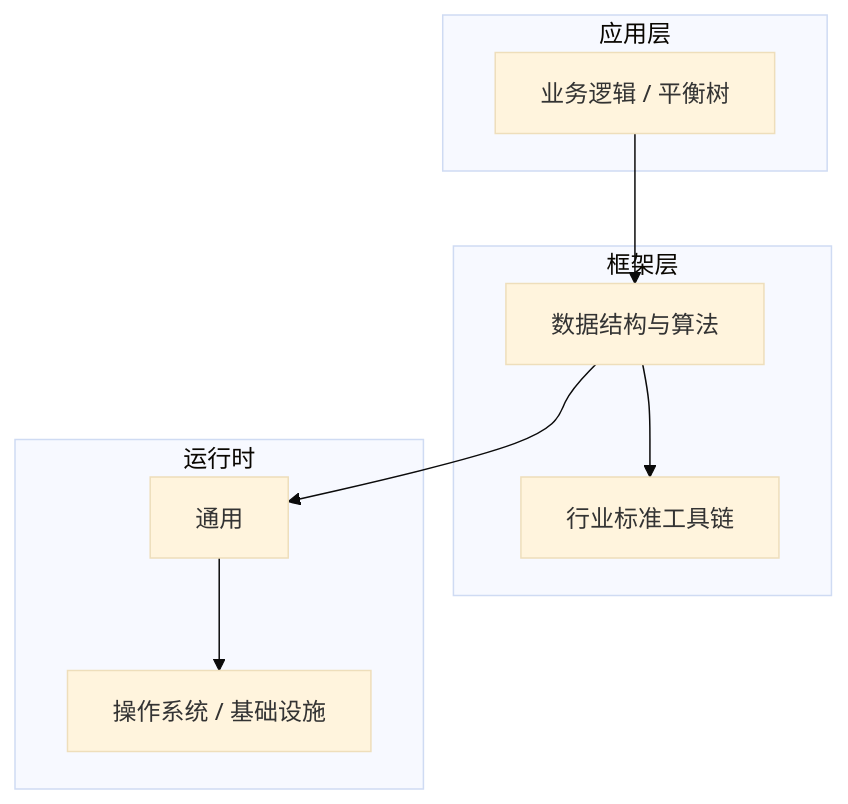
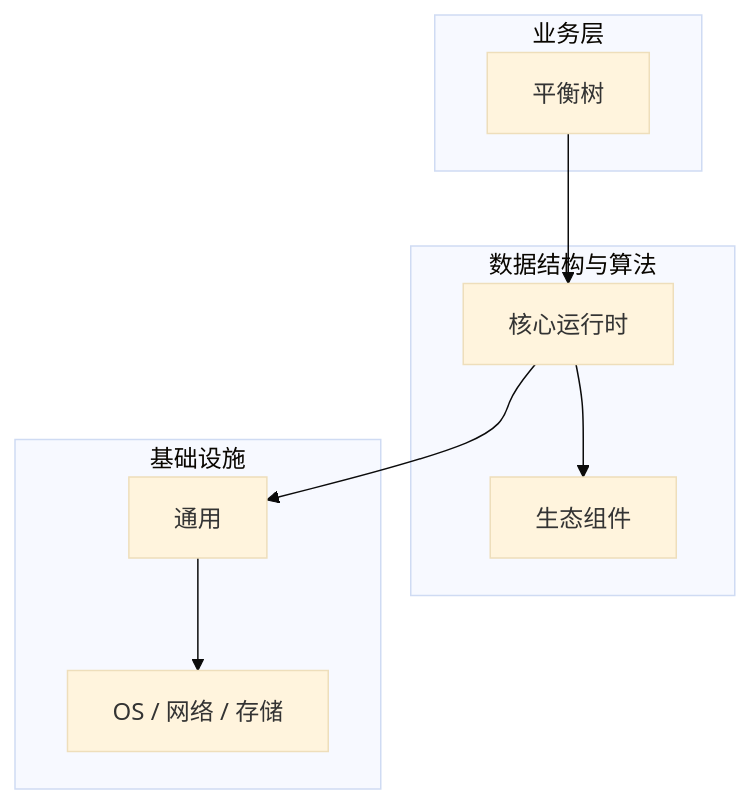
One commit to yanggan2015/knowledge-json-v2 changed the diagram in articles/数据结构与算法/chapters/081-平衡树核心概念与原理.md. Above: the diagram before and after it, drawn with Mermaid (base theme). The commit also changed other lines of this file and 10127 other files, not shown here.

````diff
--- a/articles/数据结构与算法/chapters/081-平衡树核心概念与原理.md
+++ b/articles/数据结构与算法/chapters/081-平衡树核心概念与原理.md
@@ -45,18 +30,18 @@
 ```mermaid
 graph TB
-    subgraph 应用层
-        A[业务逻辑 / 平衡树]
+    subgraph 业务层
+        A[平衡树]
     end
-    subgraph 框架层
-        B[数据结构与算法]
-        C[行业标准工具链]
+    subgraph 数据结构与算法
+        B[核心运行时]
+        C[生态组件]
     end
-    subgraph 运行时
+    subgraph 基础设施
         D[通用]
-        E[操作系统 / 基础设施]
+        E[OS / 网络 / 存储]
     end
     A --> B
     B --> C
     B --> D
     D --> E
 ```
````
